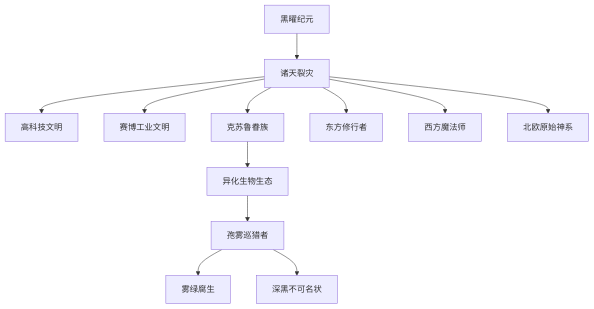
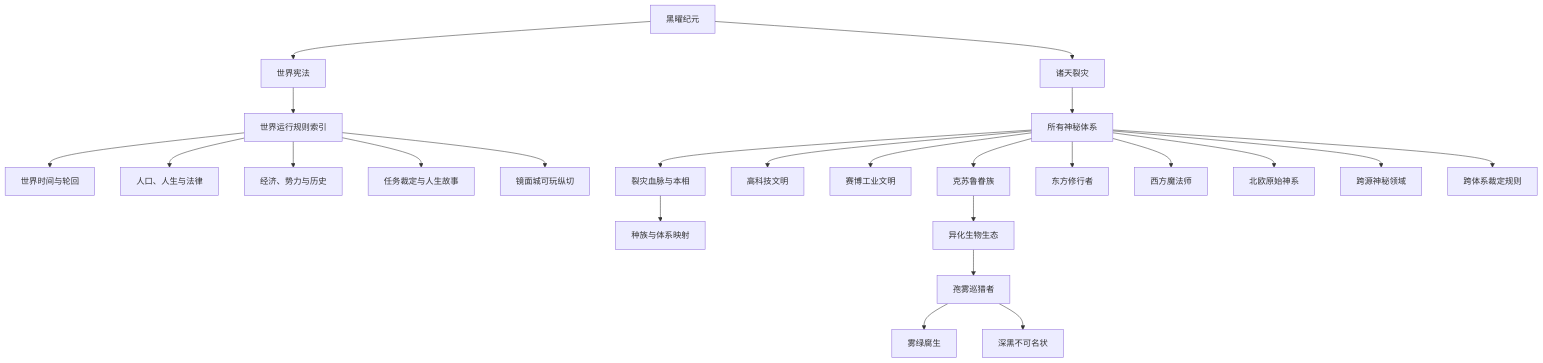
Before and after one commit to changw98ic/obsidian-epoch: the diagram in 00_总览/世界图谱.md, drawn with Mermaid. The commit also changed other lines of this file and 243 other files, not shown here.

````diff
--- a/00_总览/世界图谱.md
+++ b/00_总览/世界图谱.md
@@ -12,14 +12,26 @@
 ```mermaid
 graph TD
-  A[黑曜纪元] --> B[诸天裂灾]
-  B --> C[高科技文明]
-  B --> D[赛博工业文明]
-  B --> E[克苏鲁眷族]
-  B --> F[东方修行者]
-  B --> G[西方魔法师]
-  B --> H[北欧原始神系]
+  A[黑曜纪元] --> C0[世界宪法]
+  C0 --> R0[世界运行规则索引]
+  R0 --> T0[世界时间与轮回]
+  R0 --> L0[人口、人生与法律]
+  R0 --> E0[经济、势力与历史]
+  R0 --> Q0[任务裁定与人生故事]
+  R0 --> MC[镜面城可玩纵切]
+  A --> B[诸天裂灾]
+  B --> S[所有神秘体系]
+  S --> N[裂灾血脉与本相]
+  S --> C[高科技文明]
+  S --> D[赛博工业文明]
+  S --> E[克苏鲁眷族]
+  S --> F[东方修行者]
+  S --> G[西方魔法师]
+  S --> H[北欧原始神系]
+  S --> M[跨源神秘领域]
+  S --> R[跨体系裁定规则]
+  N --> X[种族与体系映射]
   E --> I[异化生物生态]
   I --> J[孢雾巡猎者]
   J --> K[雾绿腐生]
   J --> L[深黑不可名状]
 ```
````
